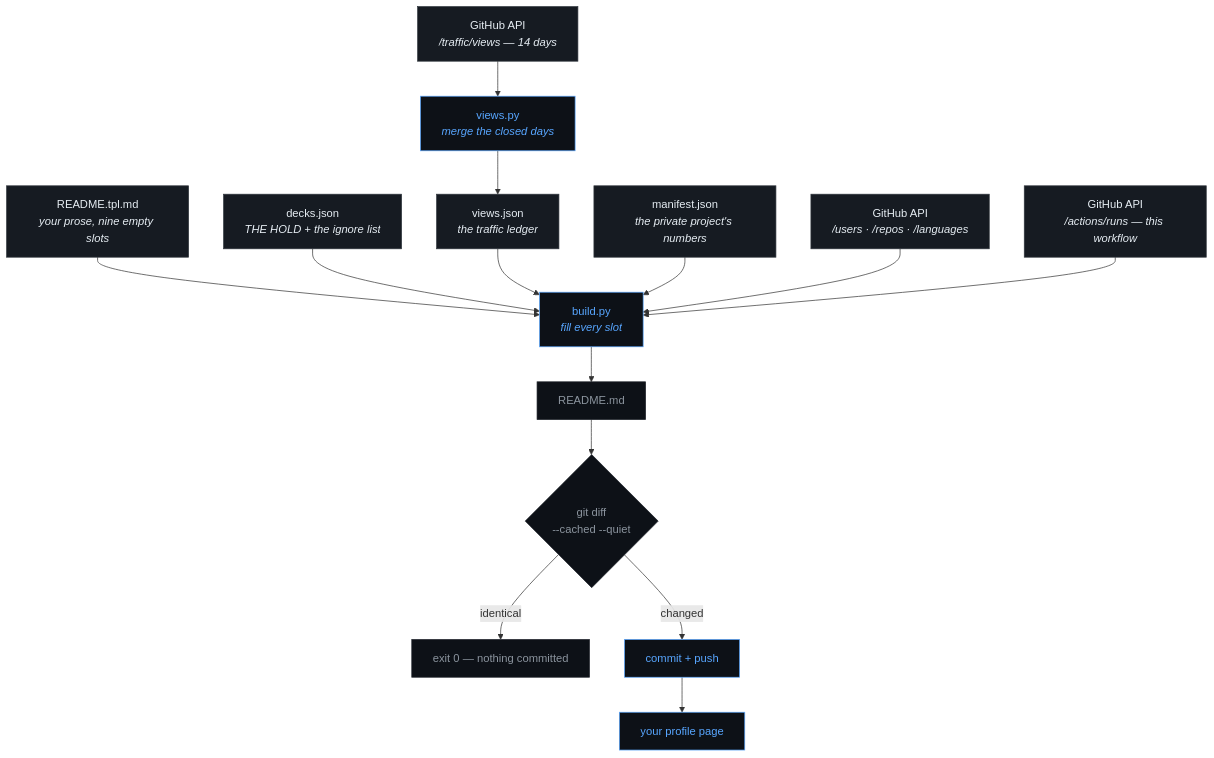
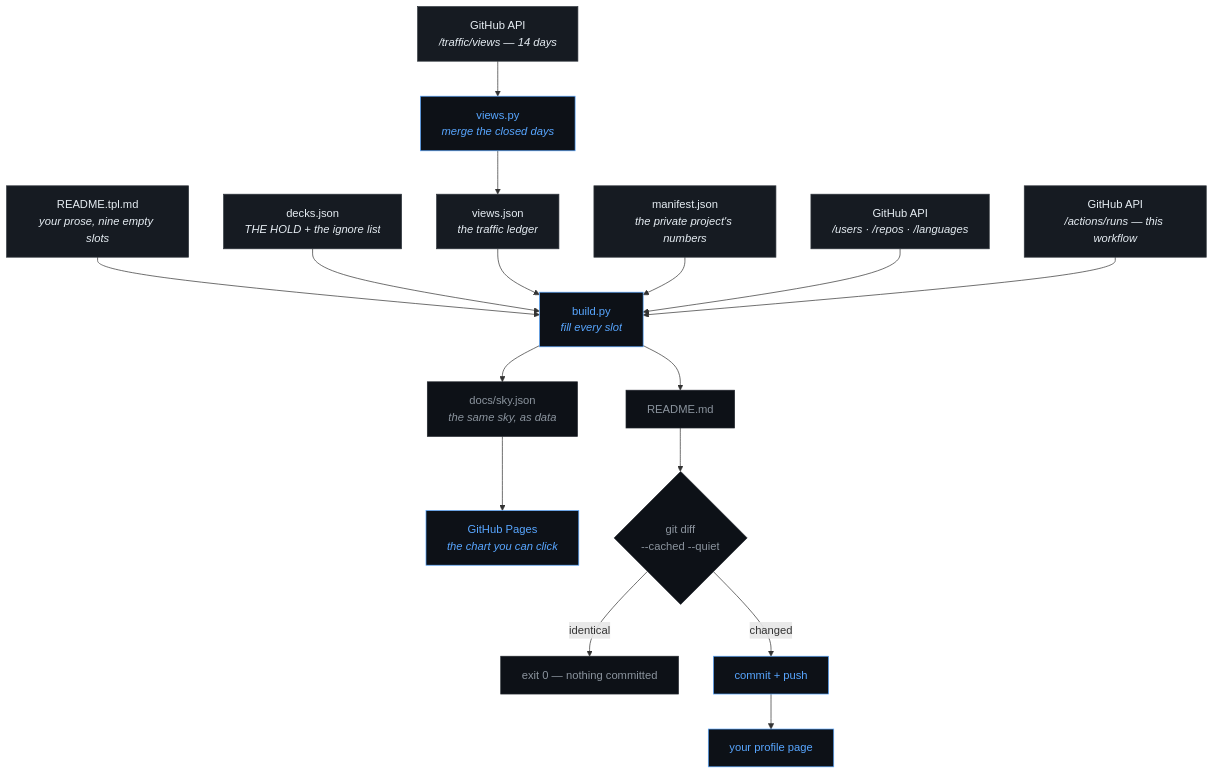
Before and after one commit to StarFleet1334/StarFleet1334: the first of 4 diagrams in PROCESS.md, drawn with Mermaid. The commit also changed other lines of this file and 5 other files, not shown here.

````diff
--- a/PROCESS.md
+++ b/PROCESS.md
@@ -7,23 +7,26 @@
 ```mermaid
 flowchart TD
     A["README.tpl.md<br/><i>your prose, nine empty slots</i>"] --> C
     B["decks.json<br/><i>THE HOLD + the ignore list</i>"] --> C
     V["views.json<br/><i>the traffic ledger</i>"] --> C
+    C --> J["docs/sky.json<br/><i>the same sky, as data</i>"]
+    J --> P["GitHub Pages<br/><i>the chart you can click</i>"]
     M["manifest.json<br/><i>the private project's numbers</i>"] --> C
     G["GitHub API<br/><i>/users · /repos · /languages</i>"] --> C
     T["GitHub API<br/><i>/traffic/views — 14 days</i>"] --> W
     R["GitHub API<br/><i>/actions/runs — this workflow</i>"] --> C
     W["views.py<br/><i>merge the closed days</i>"] --> V
     C["build.py<br/><i>fill every slot</i>"] --> D["README.md"]
     D --> E{"git diff<br/>--cached --quiet"}
     E -->|identical| F["exit 0 — nothing committed"]
     E -->|changed| H["commit + push"]
     H --> I["your profile page"]
 
     classDef src  fill:#161b22,stroke:#30363d,color:#e6edf3
     classDef act  fill:#0d1117,stroke:#58a6ff,color:#58a6ff
     classDef quiet fill:#0d1117,stroke:#21262d,color:#8b949e
     class A,B,M,G,T,V,R src
-    class C,W,H,I act
+    class C,W,H,I,P act
+    class J quiet
     class D,E,F quiet
 ```
````
